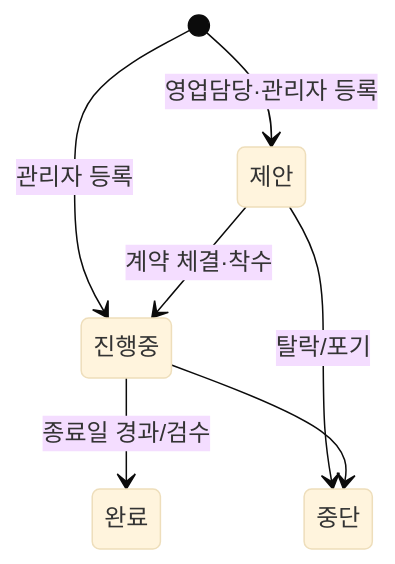
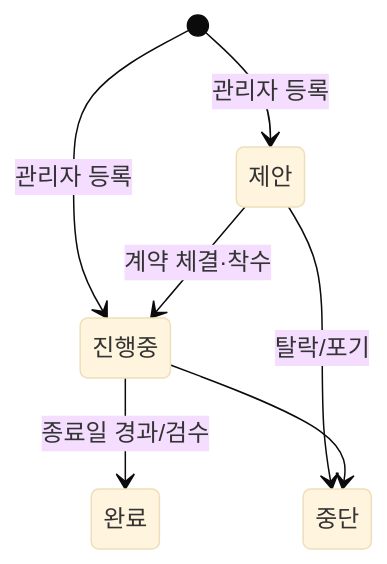
Before and after one commit to toddkim-rgb/BT_HRM: the fifth of 14 diagrams in SM_SI_인력관리시스템_명세서.md, drawn with Mermaid (base theme). The commit also changed other lines of this file and 15 other files, not shown here.

````diff
--- a/SM_SI_인력관리시스템_명세서.md
+++ b/SM_SI_인력관리시스템_명세서.md
@@ -298,9 +296,9 @@
 ```mermaid
 stateDiagram-v2
-  [*] --> 제안: 영업담당·관리자 등록
+  [*] --> 제안: 관리자 등록
   [*] --> 진행중: 관리자 등록
   제안 --> 진행중: 계약 체결·착수
   제안 --> 중단: 탈락/포기
   진행중 --> 완료: 종료일 경과/검수
   진행중 --> 중단
 ```
````
